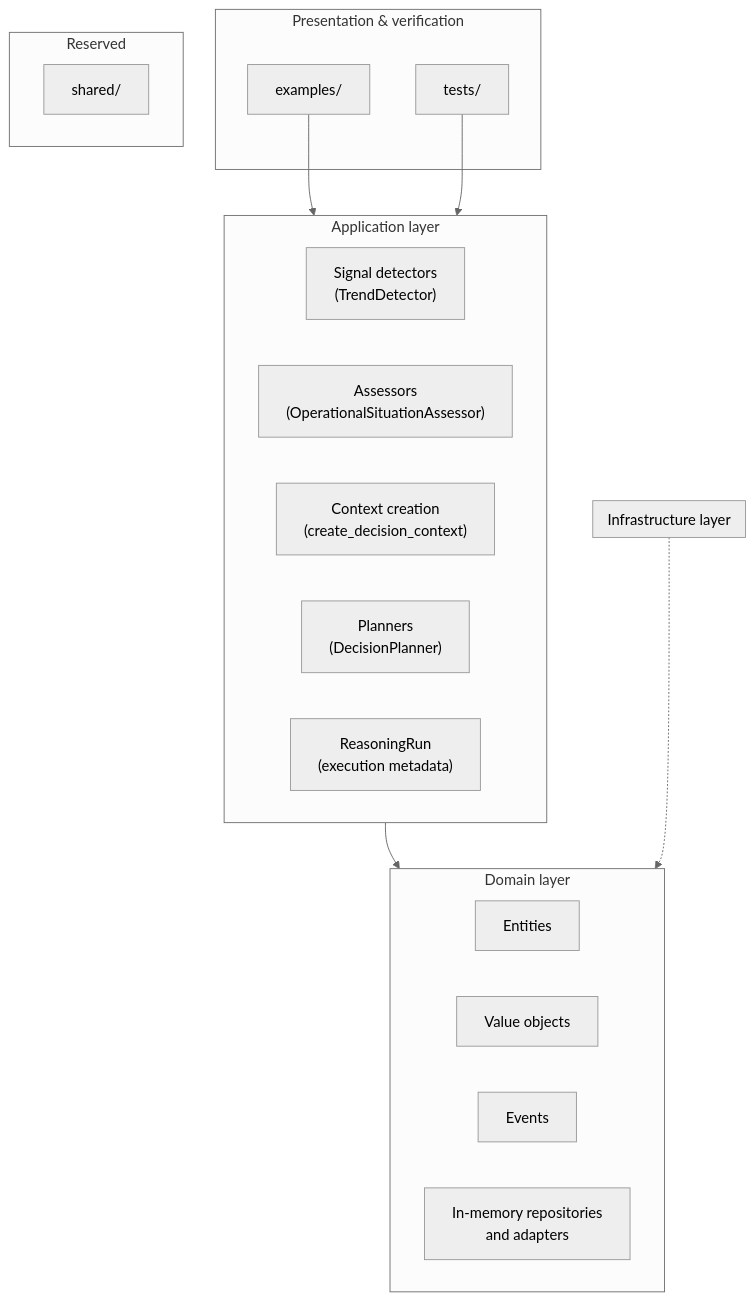
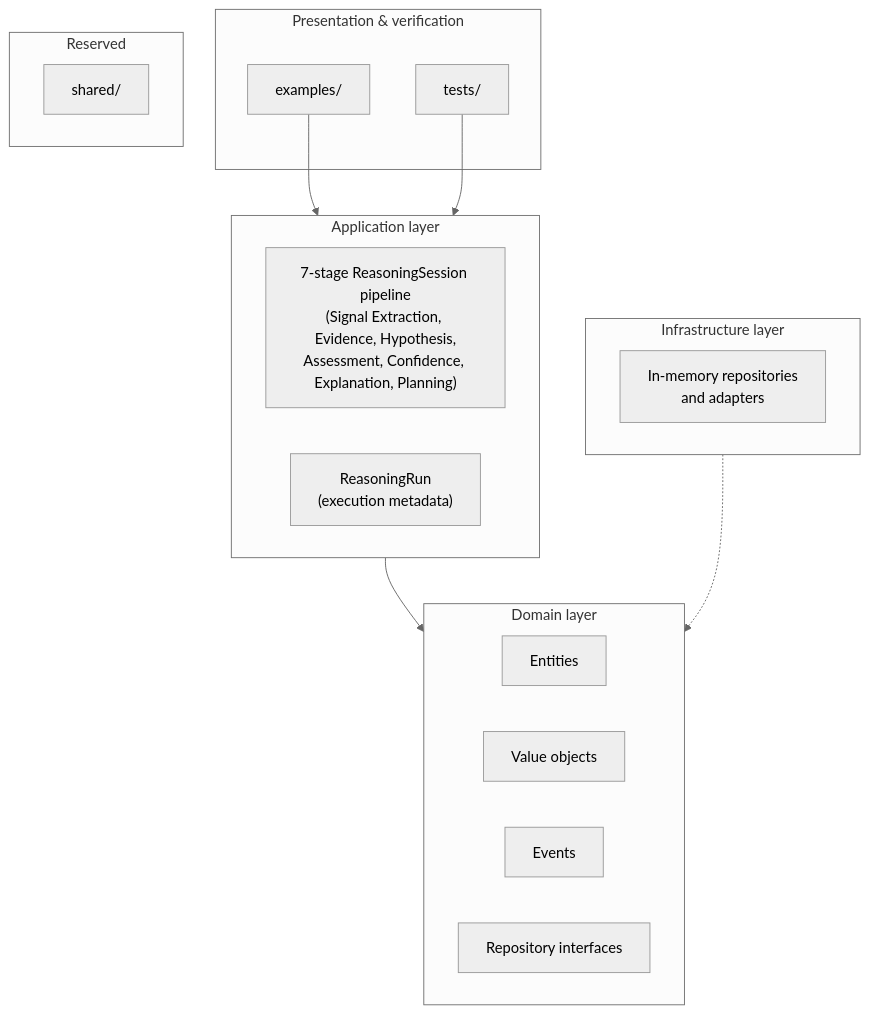
One commit to Saim-naushad/Odis changed the first of 3 diagrams in docs/architecture.md. Above: the diagram before and after it, drawn with Mermaid (neutral theme). The commit also changed other lines of this file and 11 other files, not shown here.

Commit message:
docs: align architecture and platform documentation with v1.0 implementation

````diff
--- a/docs/architecture.md
+++ b/docs/architecture.md
@@ -9,35 +9,32 @@
 ```mermaid
 flowchart TB
     subgraph presentation["Presentation & verification"]
         examples["examples/"]
         tests["tests/"]
     end
 
     subgraph application["Application layer"]
-        detectors["Signal detectors\n(TrendDetector)"]
-        assessors["Assessors\n(OperationalSituationAssessor)"]
-        context["Context creation\n(create_decision_context)"]
-        planners["Planners\n(DecisionPlanner)"]
+        stages["7-stage ReasoningSession pipeline\n(Signal Extraction, Evidence, Hypothesis,\nAssessment, Confidence, Explanation, Planning)"]
         reasoningRun["ReasoningRun\n(execution metadata)"]
     end
 
     subgraph domain["Domain layer"]
         entities["Entities"]
         valueObjects["Value objects"]
         events["Events"]
         repositories["Repository interfaces"]
     end
 
     subgraph future["Reserved"]
         shared["shared/"]
     end
 
     subgraph infrastructure["Infrastructure layer"]
-        repositories["In-memory repositories\nand adapters"]
+        infraRepos["In-memory repositories\nand adapters"]
     end
 
     examples --> application
     tests --> application
     application --> domain
     infrastructure -.-> domain
 ```
````
